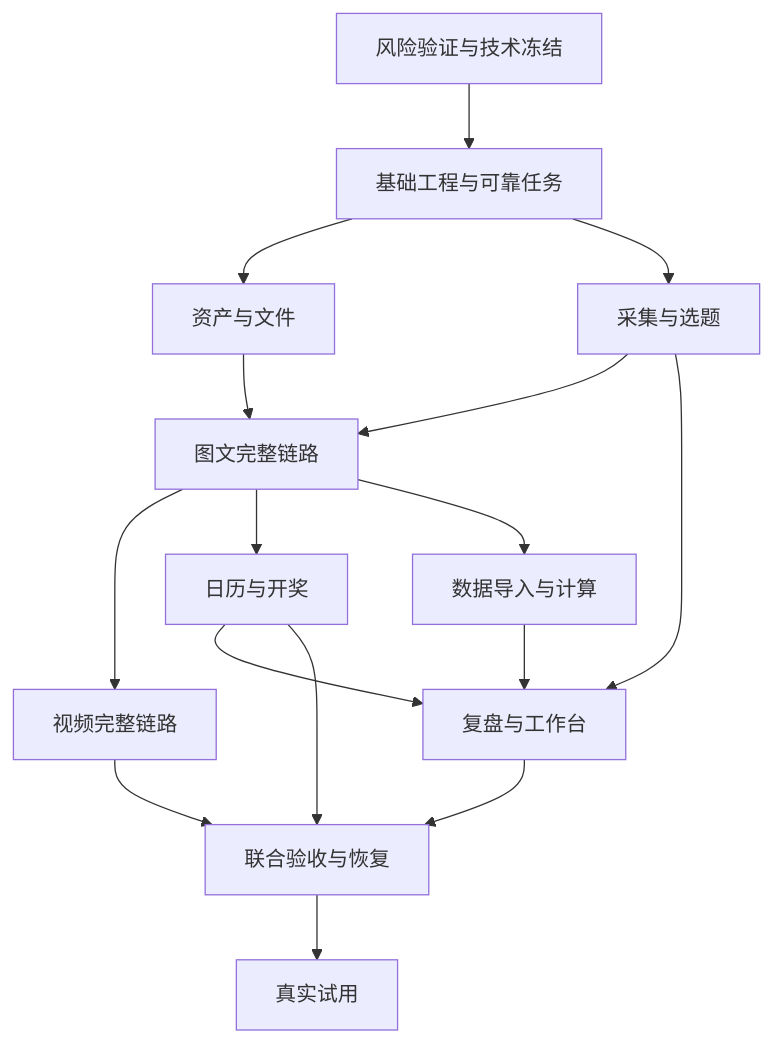
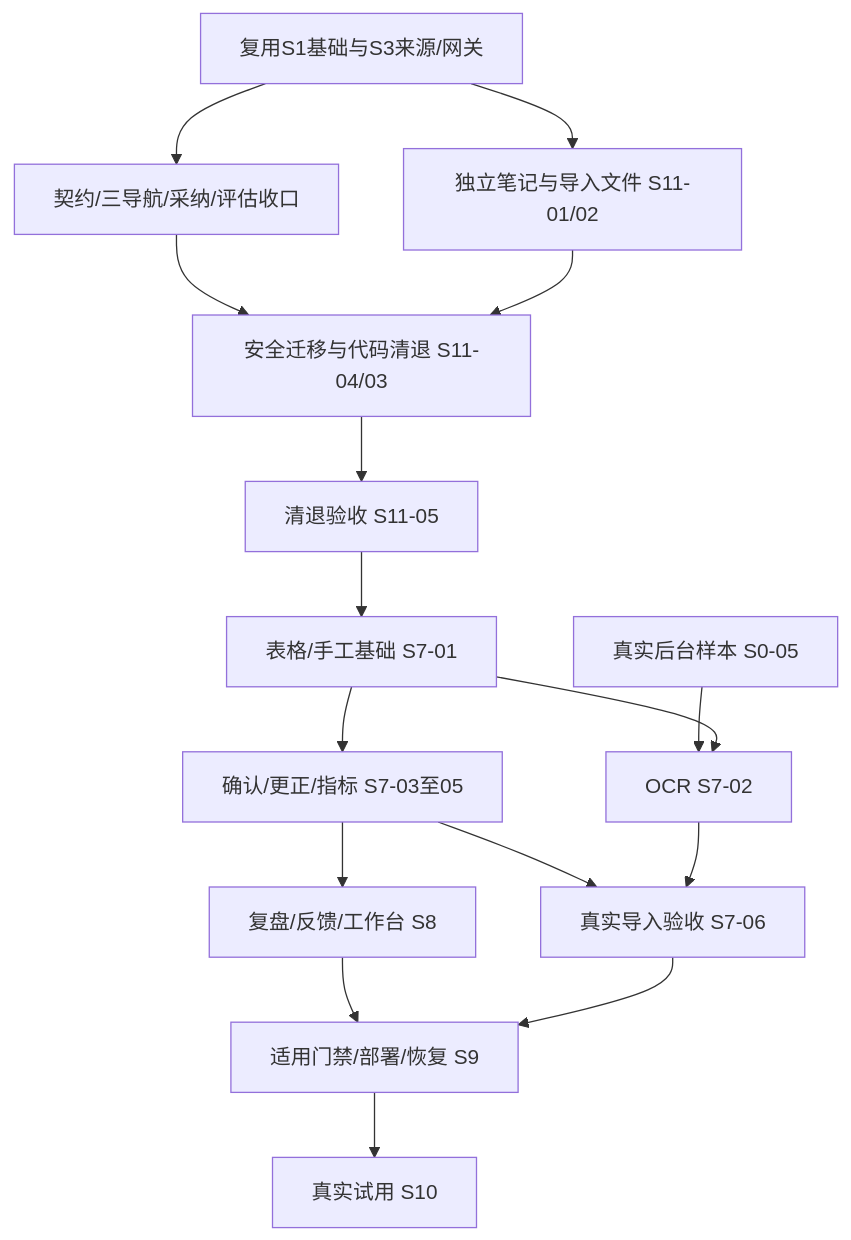
One commit to codeBeforeBC/social-media-ops-platform changed the diagram in docs/开发实施计划-v1.0.md. Above: the diagram before and after it, drawn with Mermaid. The commit also changed other lines of this file and 31 other files, not shown here.

````diff
--- a/docs/开发实施计划-v1.0.md
+++ b/docs/开发实施计划-v1.0.md
@@ -236,18 +38,18 @@
 ```mermaid
 flowchart TD
-  S0[风险验证与技术冻结] --> S1[基础工程与可靠任务]
-  S1 --> S2[资产与文件]
-  S1 --> S3[采集与选题]
-  S2 --> S4[图文完整链路]
-  S3 --> S4
-  S4 --> S5[视频完整链路]
-  S4 --> S6[日历与开奖]
-  S4 --> S7[数据导入与计算]
-  S7 --> S8[复盘与工作台]
-  S3 --> S8
-  S6 --> S8
-  S5 --> S9[联合验收与恢复]
-  S6 --> S9
-  S8 --> S9
-  S9 --> S10[真实试用]
+  BASE[复用S1基础与S3来源/网关] --> A[契约/三导航/采纳/评估收口]
+  BASE --> B[独立笔记与导入文件 S11-01/02]
+  A --> C[安全迁移与代码清退 S11-04/03]
+  B --> C
+  C --> D[清退验收 S11-05]
+  D --> S701[表格/手工基础 S7-01]
+  S701 --> DATA[确认/更正/指标 S7-03至05]
+  INPUT[真实后台样本 S0-05] --> OCR[OCR S7-02]
+  S701 --> OCR
+  DATA --> ACCEPT[真实导入验收 S7-06]
+  OCR --> ACCEPT
+  DATA --> S8[复盘/反馈/工作台 S8]
+  S8 --> S9[适用门禁/部署/恢复 S9]
+  ACCEPT --> S9
+  S9 --> S10[真实试用 S10]
 ```
````
